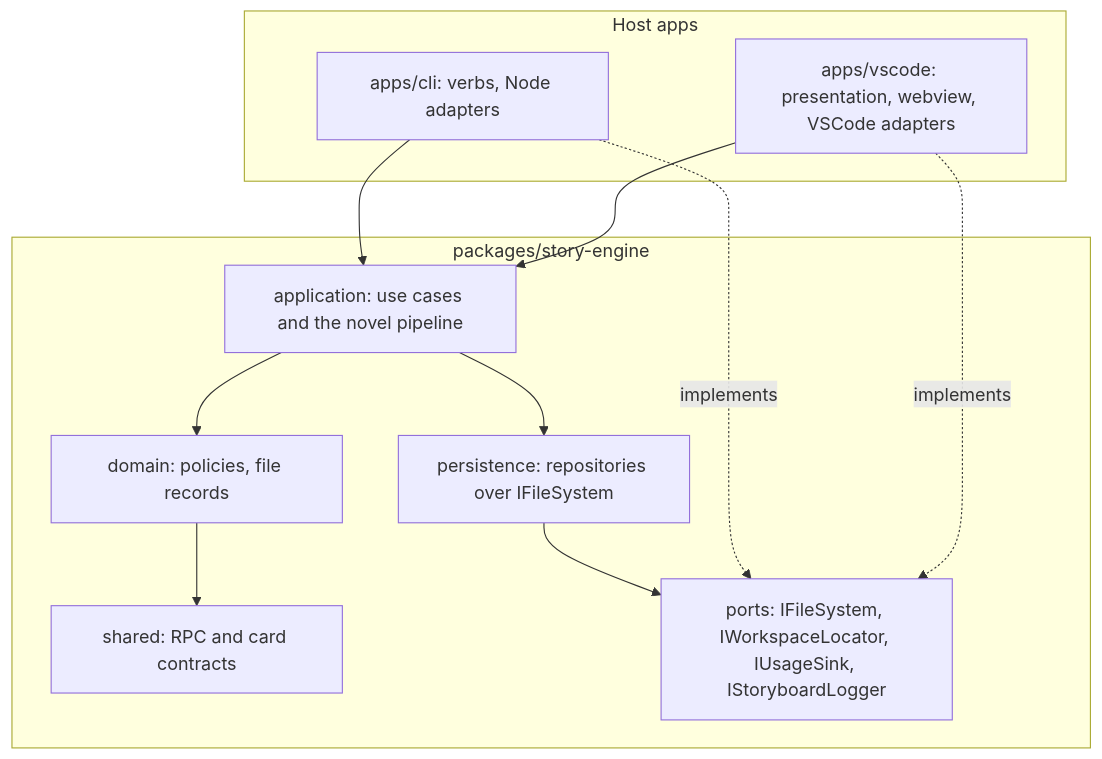
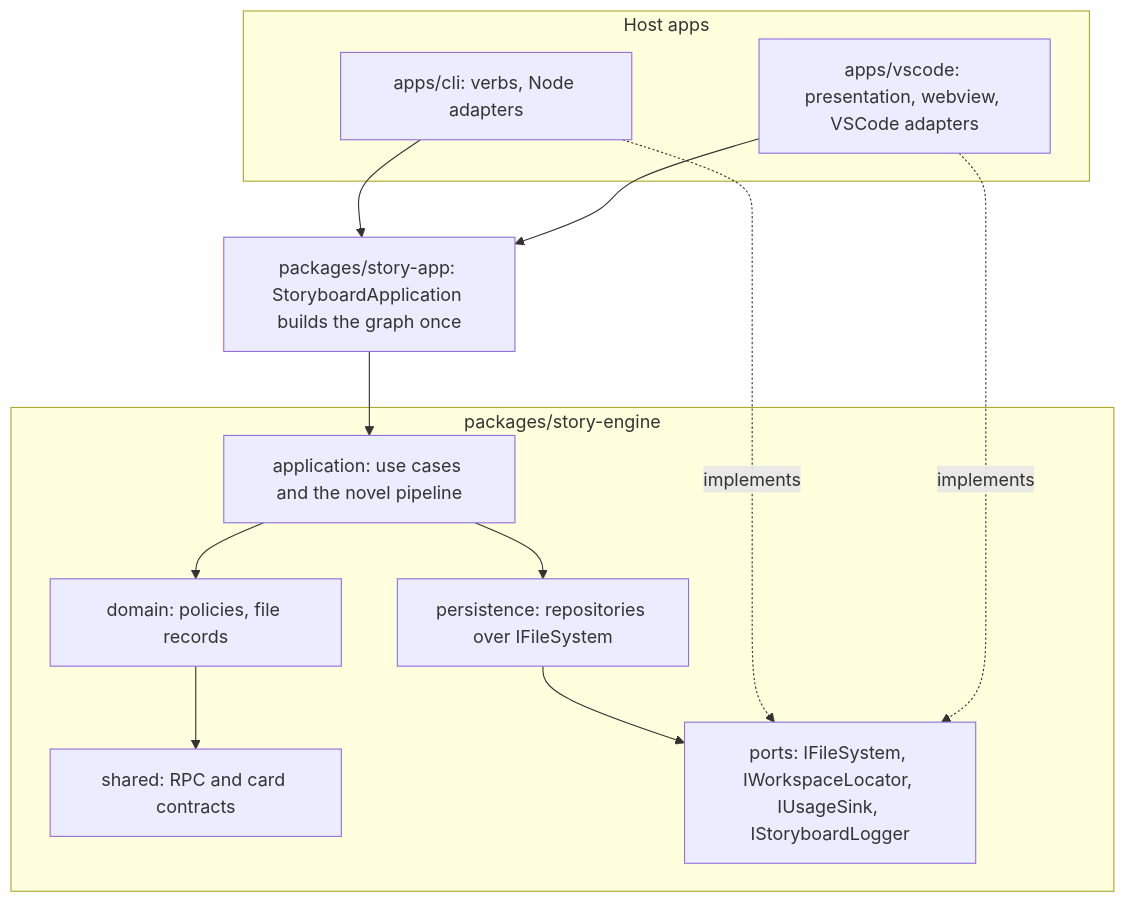
Before and after one commit to maroomir/storyboard: the diagram in .claude/rules/storyboard-overview.md, drawn with Mermaid. The commit also changed other lines of this file and 6 other files, not shown here.

First line of the commit message:
docs(rules): Describe story-app as the shared composition root

````diff
--- a/.claude/rules/storyboard-overview.md
+++ b/.claude/rules/storyboard-overview.md
@@ -35,24 +36,27 @@
 ```mermaid
 graph TB
     subgraph Engine[packages/story-engine]
         Application[application: use cases and the novel pipeline]
         Persistence[persistence: repositories over IFileSystem]
         Domain[domain: policies, file records]
         SharedContracts[shared: RPC and card contracts]
         Ports[ports: IFileSystem, IWorkspaceLocator, IUsageSink, IStoryboardLogger]
     end
 
     subgraph Apps[Host apps]
         VscodeApp[apps/vscode: presentation, webview, VSCode adapters]
         CliApp[apps/cli: verbs, Node adapters]
     end
 
-    VscodeApp --> Application
-    CliApp --> Application
+    StoryApp[packages/story-app: StoryboardApplication builds the graph once]
+
+    VscodeApp --> StoryApp
+    CliApp --> StoryApp
+    StoryApp --> Application
     VscodeApp -.implements.-> Ports
     CliApp -.implements.-> Ports
     Application --> Persistence
     Application --> Domain
     Persistence --> Ports
     Domain --> SharedContracts
 ```
````
